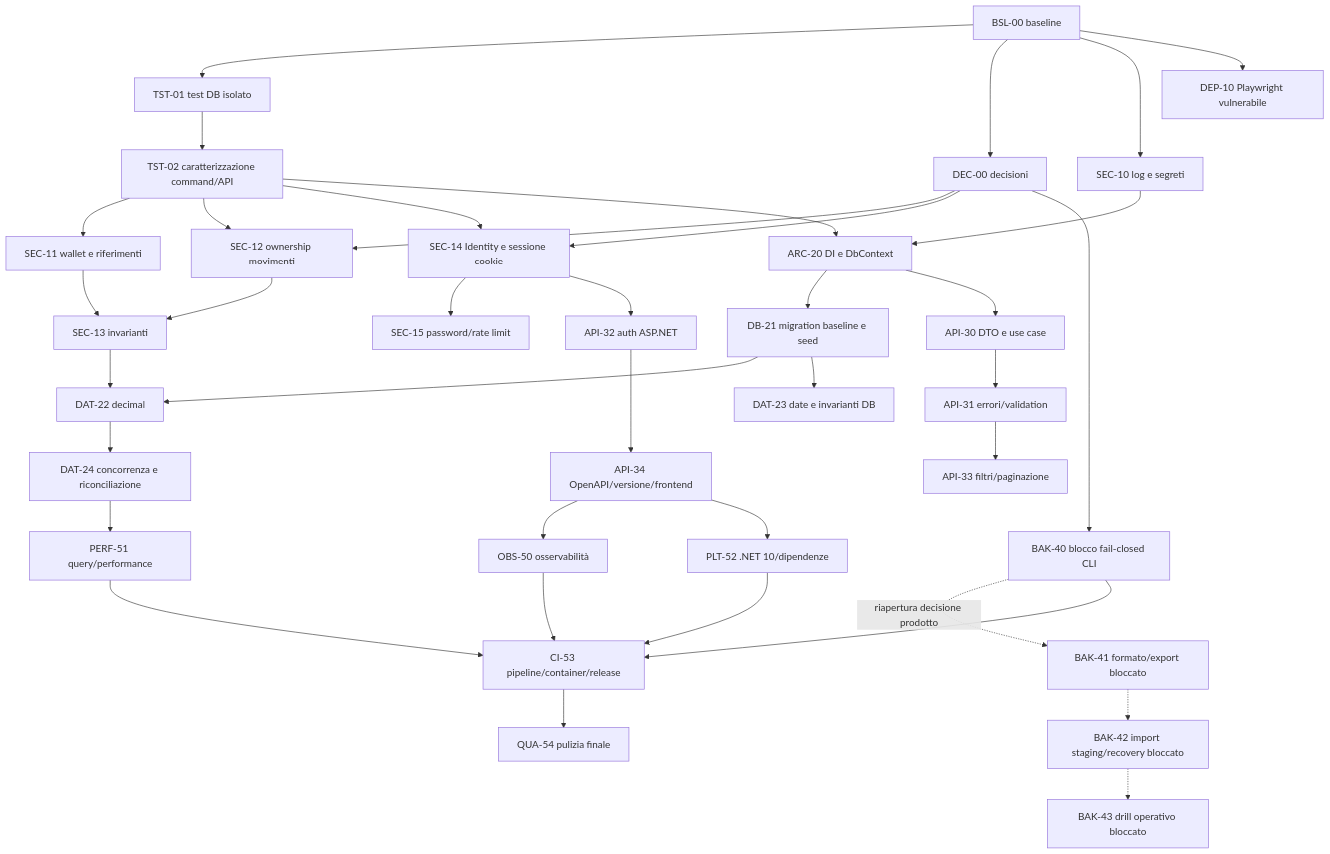
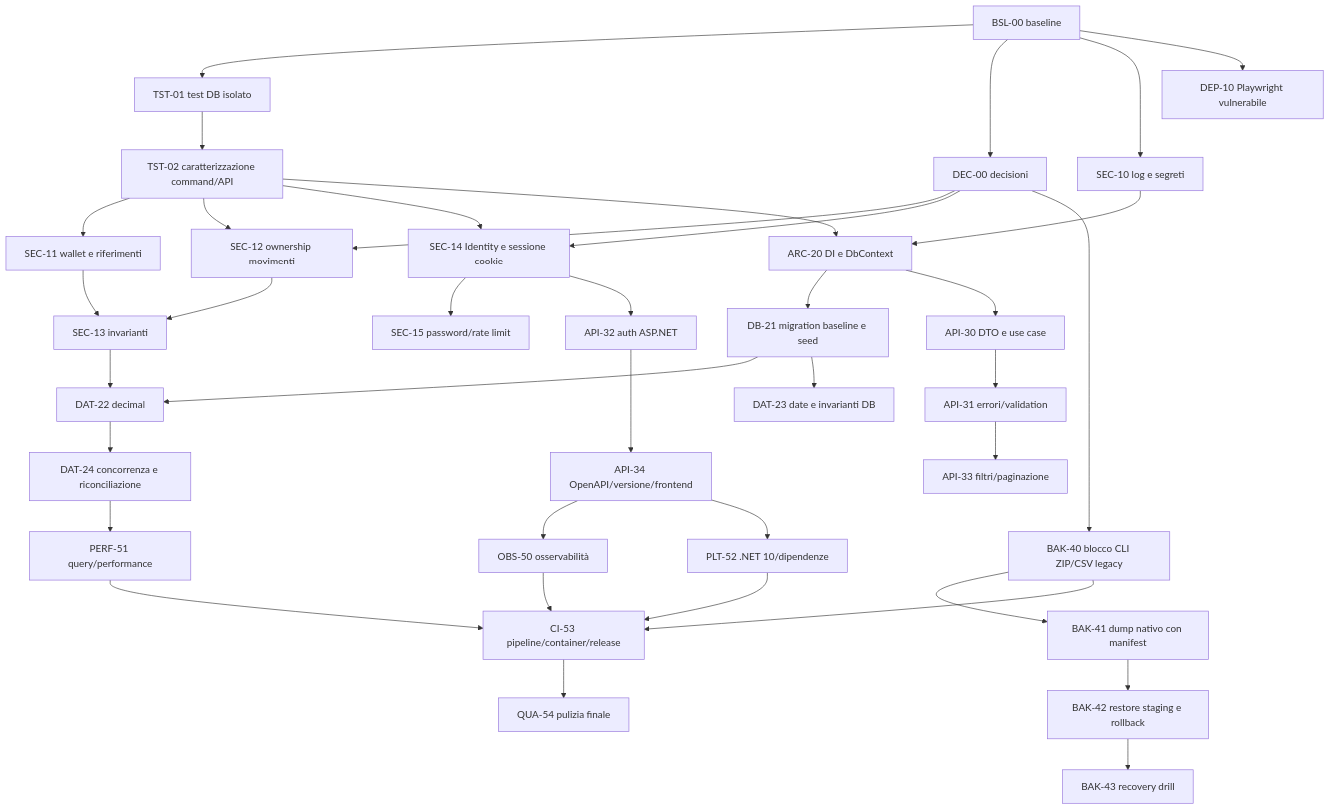
Before and after one commit to dadolaga/MoneyGestor: the diagram in docs/backend-modernization/ROADMAP.md, drawn with Mermaid. The commit also changed other lines of this file and 18 other files, not shown here.

First line of the commit message:
Implement phase 4 of backend modernization: disable legacy import/export CLI, establish MySQL backup and recovery processes

````diff
--- a/docs/backend-modernization/ROADMAP.md
+++ b/docs/backend-modernization/ROADMAP.md
@@ -17,40 +17,40 @@
 ```mermaid
 flowchart TD
     B00[BSL-00 baseline] --> T01[TST-01 test DB isolato]
     B00 --> D00[DEC-00 decisioni]
     B00 --> S10[SEC-10 log e segreti]
     B00 --> P10[DEP-10 Playwright vulnerabile]
     T01 --> T02[TST-02 caratterizzazione command/API]
     D00 --> S12[SEC-12 ownership movimenti]
     T02 --> S11[SEC-11 wallet e riferimenti]
     T02 --> S12
     S11 --> S13[SEC-13 invarianti]
     S12 --> S13
     D00 --> S14[SEC-14 Identity e sessione cookie]
     T02 --> S14
     S14 --> S15[SEC-15 password/rate limit]
     S10 --> A20[ARC-20 DI e DbContext]
     T02 --> A20
     A20 --> D21[DB-21 migration baseline e seed]
     D21 --> D22[DAT-22 decimal]
     D21 --> D23[DAT-23 date e invarianti DB]
     S13 --> D22
     D22 --> D24[DAT-24 concorrenza e riconciliazione]
     A20 --> A30[API-30 DTO e use case]
     S14 --> A32[API-32 auth ASP.NET]
     A30 --> A31[API-31 errori/validation]
     A31 --> A33[API-33 filtri/paginazione]
     A32 --> A34[API-34 OpenAPI/versione/frontend]
-    D00 --> B40[BAK-40 blocco fail-closed CLI]
-    B40 -. riapertura decisione prodotto .-> B41[BAK-41 formato/export bloccato]
-    B41 -.-> B42[BAK-42 import staging/recovery bloccato]
-    B42 -.-> B43[BAK-43 drill operativo bloccato]
+    D00 --> B40[BAK-40 blocco CLI ZIP/CSV legacy]
+    B40 --> B41[BAK-41 dump nativo con manifest]
+    B41 --> B42[BAK-42 restore staging e rollback]
+    B42 --> B43[BAK-43 recovery drill]
     A34 --> O50[OBS-50 osservabilità]
     D24 --> O51[PERF-51 query/performance]
     A34 --> O52[PLT-52 .NET 10/dipendenze]
     B40 --> O53[CI-53 pipeline/container/release]
     O50 --> O53
     O51 --> O53
     O52 --> O53
     O53 --> Q54[QUA-54 pulizia finale]
 ```
````
